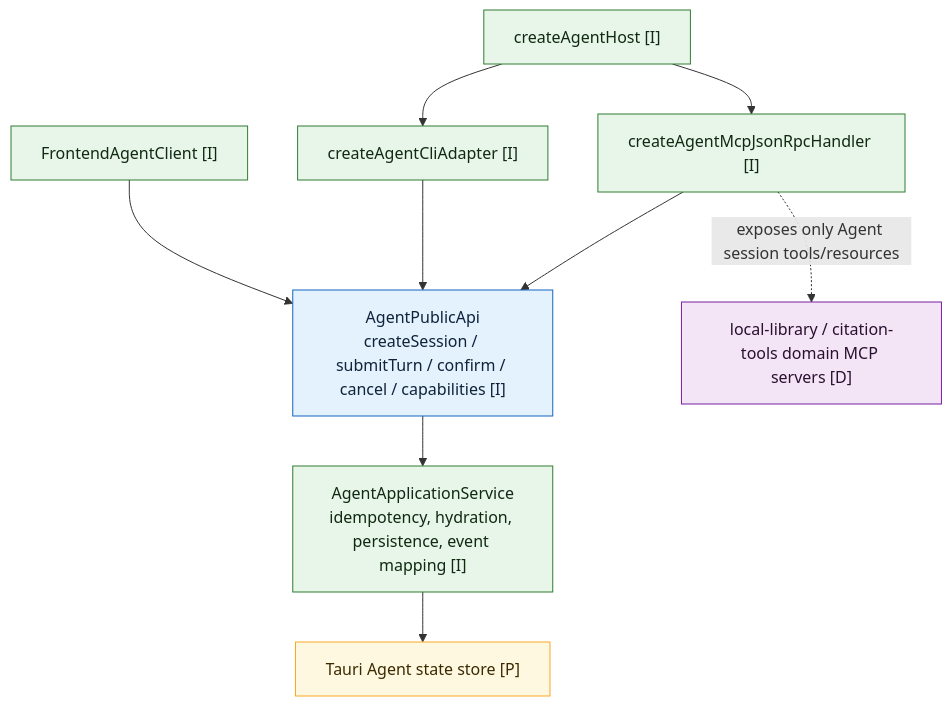
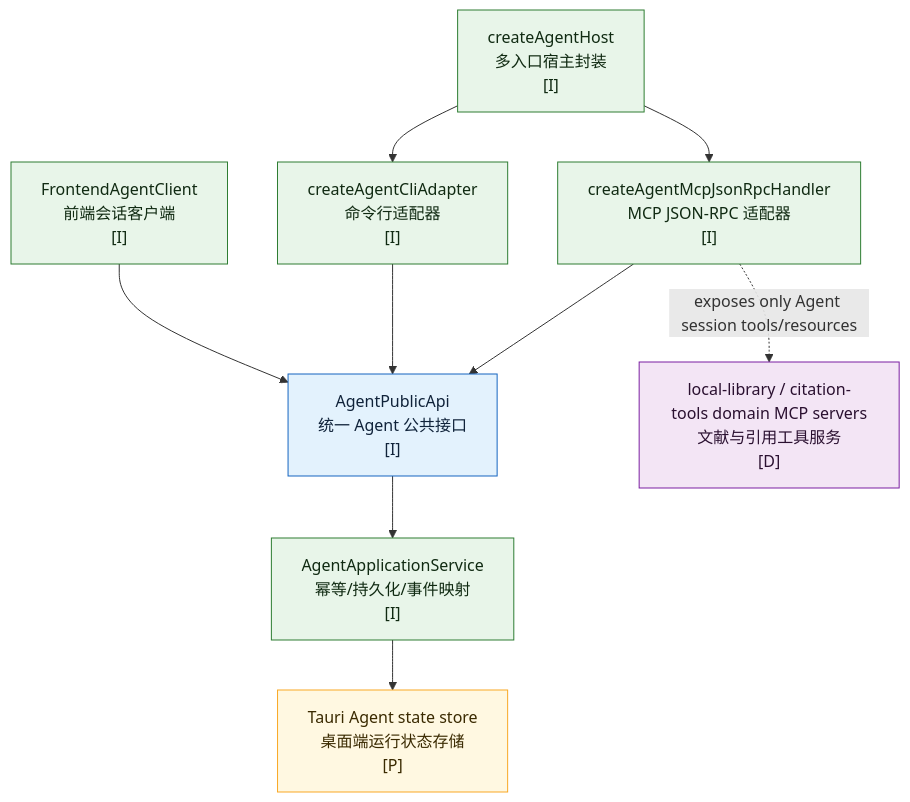
Before and after one commit to Hash012/Liteasy: the fourth of 6 diagrams in project-docs/engineering/agent-architecture-audit.md, drawn with Mermaid. The commit also changed other lines of this file and 8 other files, not shown here.

````diff
--- a/project-docs/engineering/agent-architecture-audit.md
+++ b/project-docs/engineering/agent-architecture-audit.md
@@ -190,24 +187,24 @@
 ```mermaid
 flowchart TB
   classDef implemented fill:#e8f5e9,stroke:#2e7d32,color:#102a12
   classDef partial fill:#fff8e1,stroke:#f9a825,color:#3a2a00
   classDef boundary fill:#e3f2fd,stroke:#1565c0,color:#10233a
   classDef planned fill:#f3e5f5,stroke:#7b1fa2,color:#2a1030
 
-  Frontend["FrontendAgentClient [I]"]:::implemented
-  CLI["createAgentCliAdapter [I]"]:::implemented
-  MCP["createAgentMcpJsonRpcHandler [I]"]:::implemented
-  Host["createAgentHost [I]"]:::implemented
-  API["AgentPublicApi<br/>createSession / submitTurn / confirm / cancel / capabilities [I]"]:::boundary
-  Service["AgentApplicationService<br/>idempotency, hydration, persistence, event mapping [I]"]:::implemented
-  TauriStore["Tauri Agent state store [P]"]:::partial
-  DomainMcp["local-library / citation-tools domain MCP servers [D]"]:::planned
+  Frontend["FrontendAgentClient<br/>前端会话客户端<br/>[I]"]:::implemented
+  CLI["createAgentCliAdapter<br/>命令行适配器<br/>[I]"]:::implemented
+  MCP["createAgentMcpJsonRpcHandler<br/>MCP JSON-RPC 适配器<br/>[I]"]:::implemented
+  Host["createAgentHost<br/>多入口宿主封装<br/>[I]"]:::implemented
+  API["AgentPublicApi<br/>统一 Agent 公共接口<br/>[I]"]:::boundary
+  Service["AgentApplicationService<br/>幂等/持久化/事件映射<br/>[I]"]:::implemented
+  TauriStore["Tauri Agent state store<br/>桌面端运行状态存储<br/>[P]"]:::partial
+  DomainMcp["local-library / citation-tools domain MCP servers<br/>文献与引用工具服务<br/>[D]"]:::planned
 
   Frontend --> API
   CLI --> API
   MCP --> API
   Host --> CLI
   Host --> MCP
   API --> Service --> TauriStore
   MCP -. exposes only Agent session tools/resources .-> DomainMcp
 ```
````
